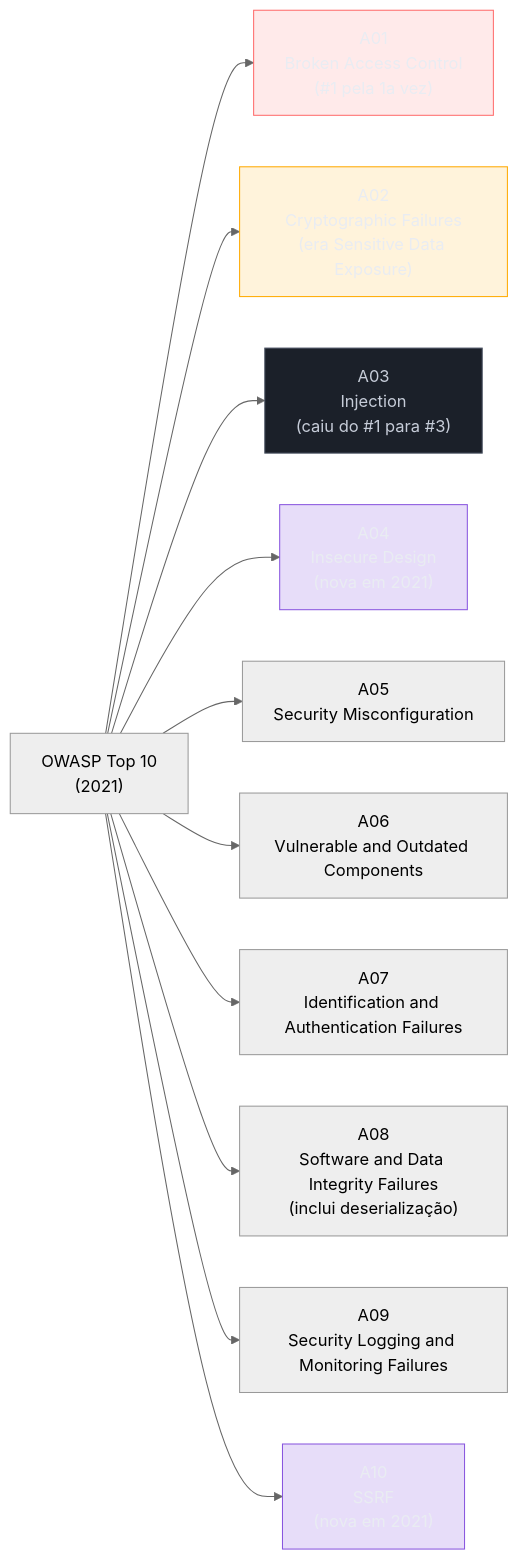
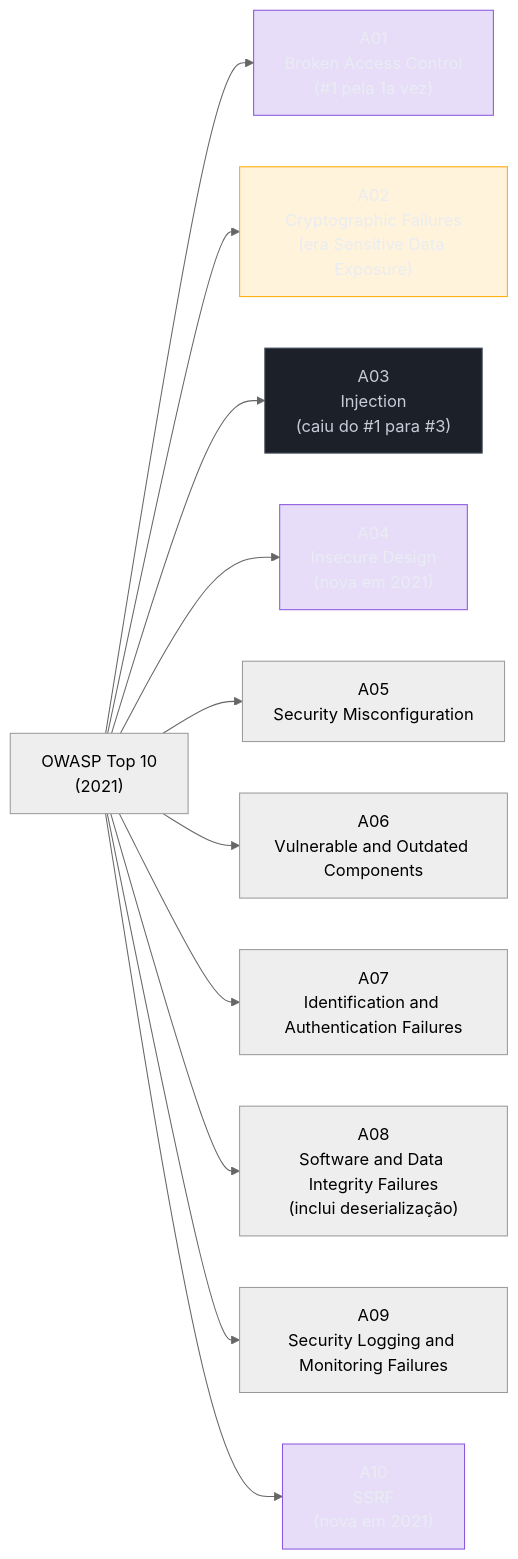
Before and after one commit to josenaldo/codex-technomanticus: the sixth of 6 diagrams in 03-Dominios/Engenharia/Segurança/16 - Classes de vulnerabilidade.md, drawn with Mermaid (neutral theme). The commit also changed other lines of this file and 601 other files, not shown here.

````diff
--- a/03-Dominios/Engenharia/Segurança/16 - Classes de vulnerabilidade.md
+++ b/03-Dominios/Engenharia/Segurança/16 - Classes de vulnerabilidade.md
@@ -365,25 +367,24 @@
 ```mermaid
 graph LR
-    classDef falha fill:#FF6B6B24,stroke:#FF6B6B,color:#E9ECF2
     classDef destaque fill:#FFAA0024,stroke:#FFAA00,color:#E9ECF2
     classDef neutro fill:#1B2029,stroke:#4E5666,color:#C6CCD8
     classDef marca fill:#8855DF33,stroke:#8855DF,color:#E9ECF2
     T10["OWASP Top 10\n(2021)"]
 
     T10 --> A01["A01\nBroken Access Control\n(#1 pela 1a vez)"]
     T10 --> A02["A02\nCryptographic Failures\n(era Sensitive Data Exposure)"]
     T10 --> A03["A03\nInjection\n(caiu do #1 para #3)"]
     T10 --> A04["A04\nInsecure Design\n(nova em 2021)"]
     T10 --> A05["A05\nSecurity Misconfiguration"]
     T10 --> A06["A06\nVulnerable and Outdated Components"]
     T10 --> A07["A07\nIdentification and Authentication Failures"]
     T10 --> A08["A08\nSoftware and Data Integrity Failures\n(inclui deserialização)"]
     T10 --> A09["A09\nSecurity Logging and Monitoring Failures"]
     T10 --> A10["A10\nSSRF\n(nova em 2021)"]
 
-    class A01 falha
+    class A01 marca
     class A02 destaque
     class A03 neutro
     class A04 marca
     class A10 marca
 ```
````
